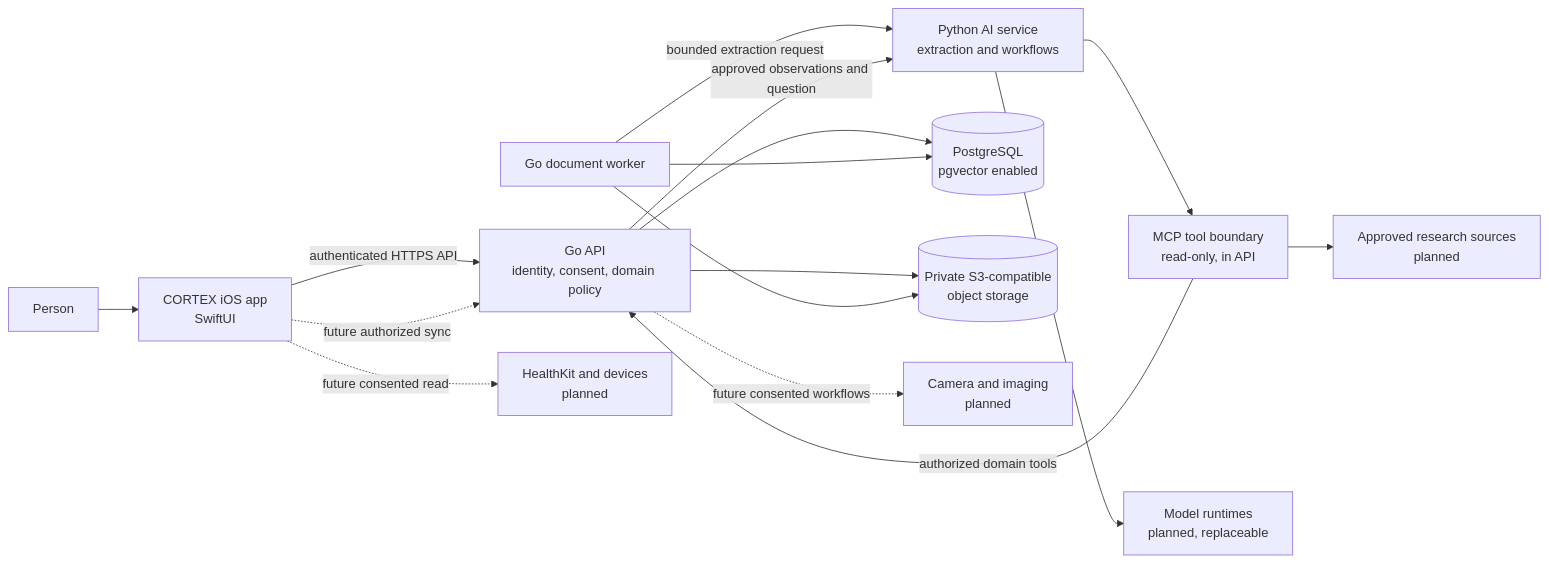
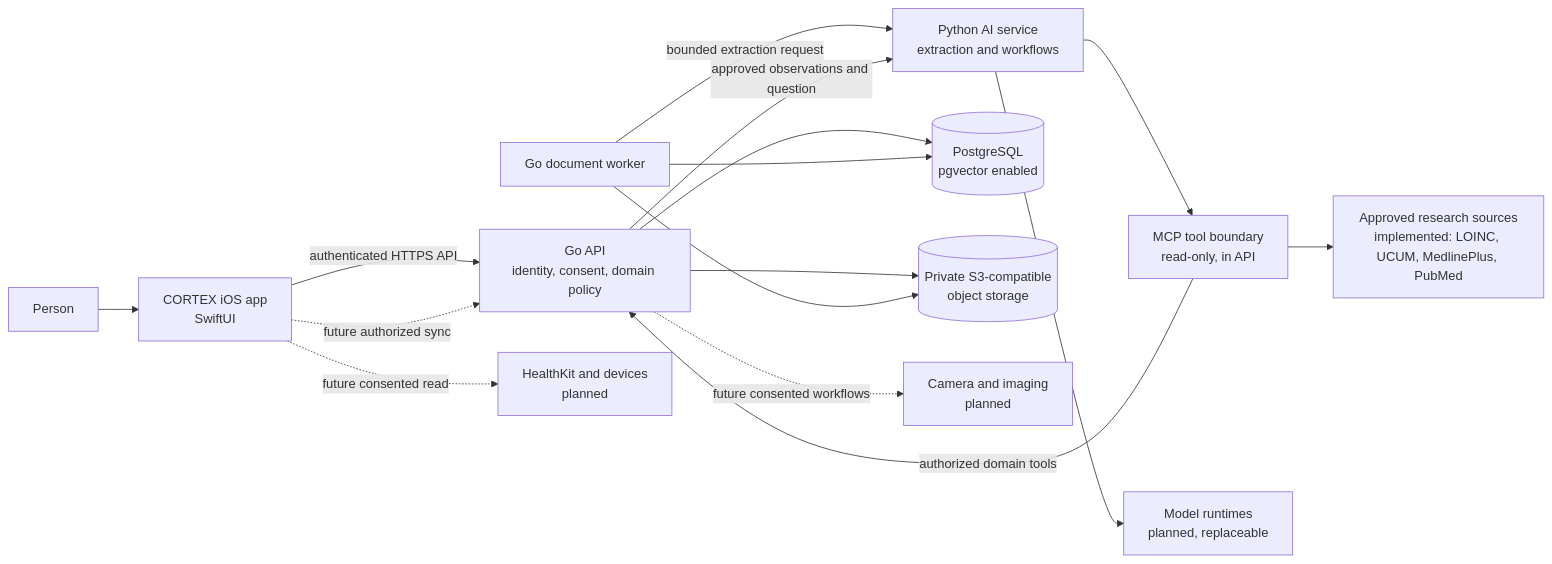
Before and after one commit to sahil0017/HealthAgentApp: the first of 3 diagrams in architecture/full-architecture.md, drawn with Mermaid. The commit also changed other lines of this file and 18 other files, not shown here.

First line of the commit message:
Catalog-driven extraction, research review flow, tests and docs

````diff
--- a/architecture/full-architecture.md
+++ b/architecture/full-architecture.md
@@ -21,31 +21,31 @@
 ```mermaid
 flowchart LR
     Person[Person]
     iOS[CORTEX iOS app<br/>SwiftUI]
     API[Go API<br/>identity, consent, domain policy]
     Worker[Go document worker]
     AI[Python AI service<br/>extraction and workflows]
     MCP[MCP tool boundary<br/>read-only, in API]
     PG[(PostgreSQL<br/>pgvector enabled)]
     Objects[(Private S3-compatible<br/>object storage)]
     Models[Model runtimes<br/>planned, replaceable]
-    Research[Approved research sources<br/>planned]
+    Research[Approved research sources<br/>implemented: LOINC, UCUM, MedlinePlus, PubMed]
     HealthKit[HealthKit and devices<br/>planned]
     Vision[Camera and imaging<br/>planned]
 
     Person --> iOS
     iOS -->|authenticated HTTPS API| API
     API --> PG
     API --> Objects
     Worker --> PG
     Worker --> Objects
     Worker -->|bounded extraction request| AI
     API -->|approved observations and question| AI
     AI --> Models
     AI --> MCP
     MCP -->|authorized domain tools| API
     MCP --> Research
     iOS -. future consented read .-> HealthKit
     iOS -. future authorized sync .-> API
     API -. future consented workflows .-> Vision
 ```
````
